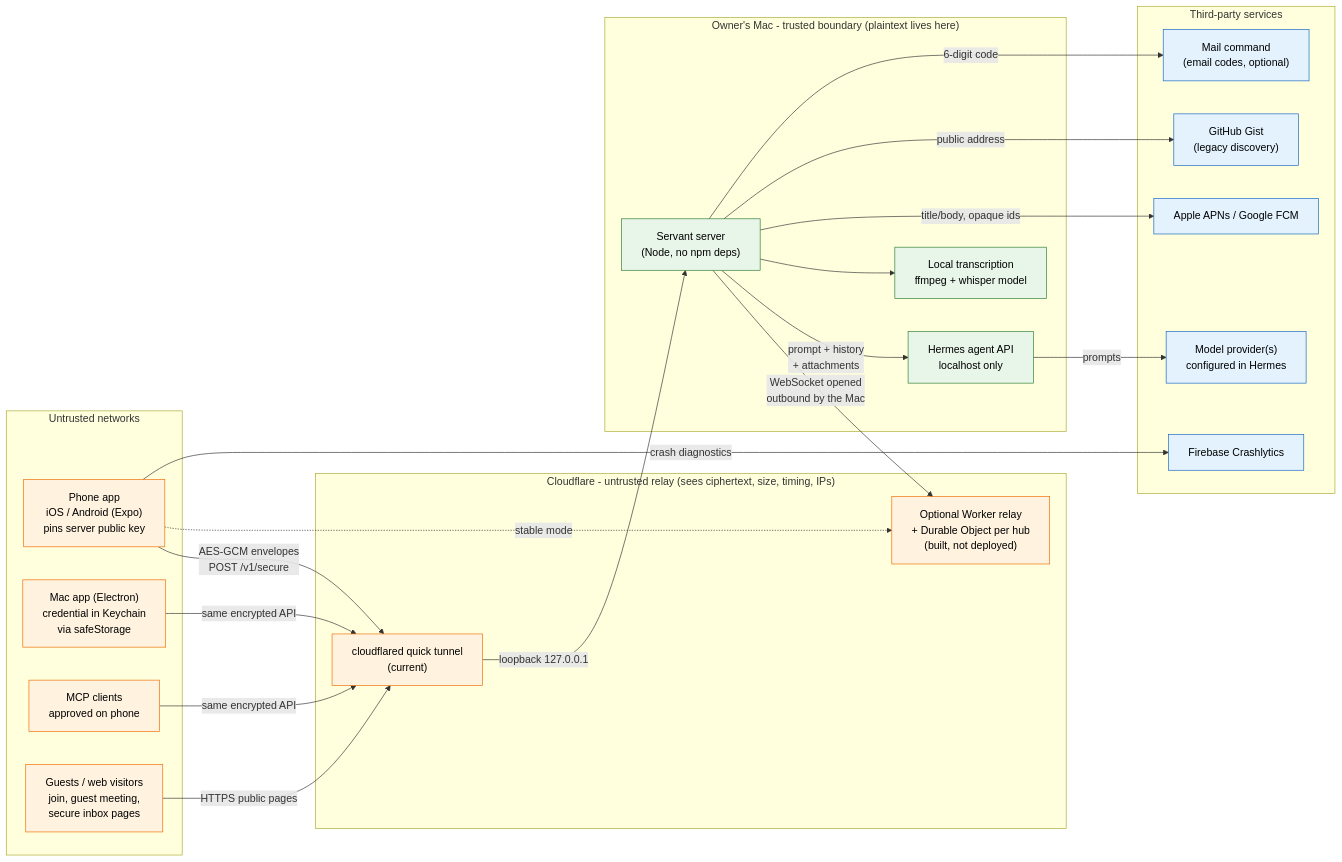
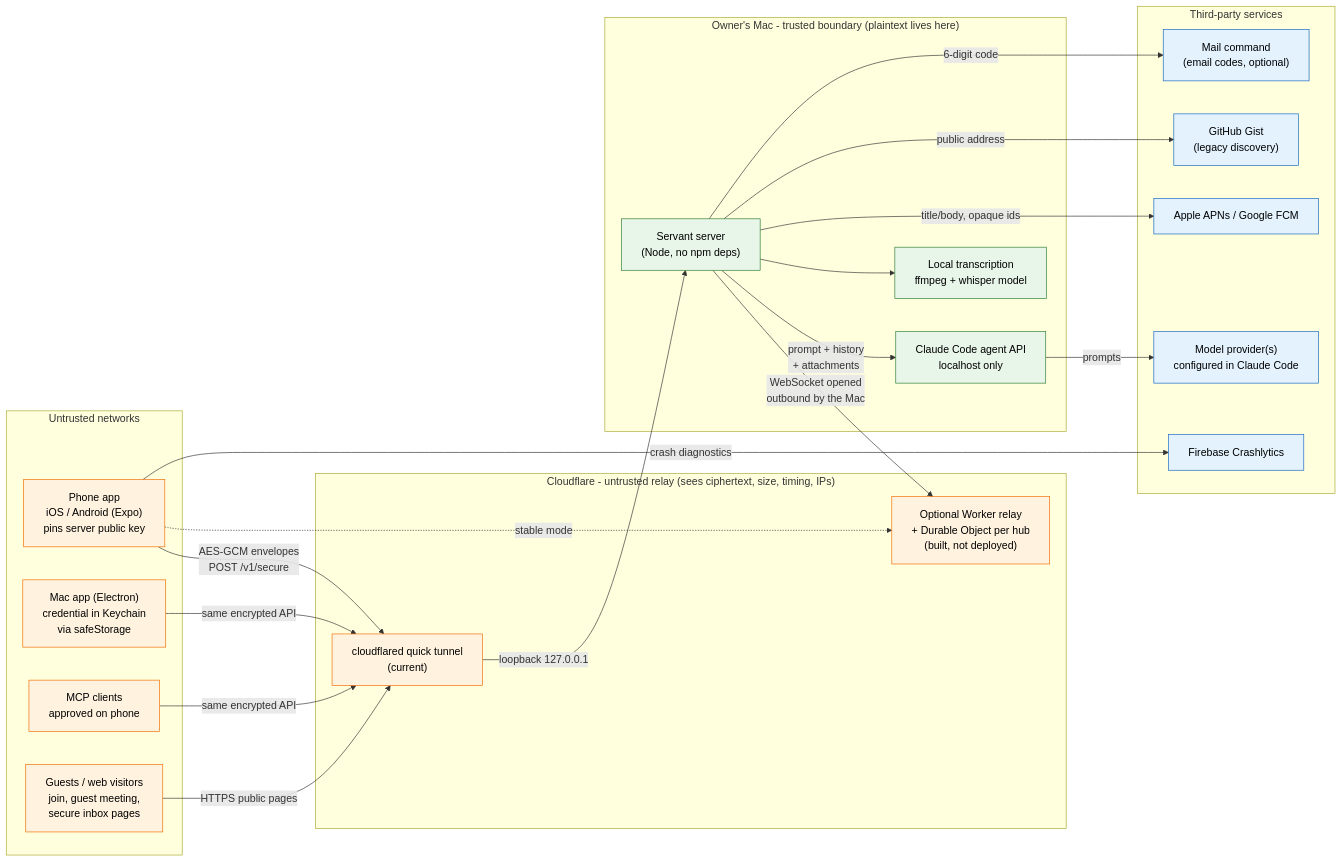
Before and after one commit to slavingia/servant: the diagram in docs/security-architecture/01-system-context.mmd, drawn with Mermaid. The commit also changed 17 other files, not shown here.

Commit message:
Security architecture diagrams: label the agent Claude Code

```diff
--- a/docs/security-architecture/01-system-context.mmd
+++ b/docs/security-architecture/01-system-context.mmd
@@ -1,41 +1,41 @@
 flowchart LR
   subgraph U["Untrusted networks"]
     P["Phone app<br/>iOS / Android (Expo)<br/>pins server public key"]
     M["Mac app (Electron)<br/>credential in Keychain<br/>via safeStorage"]
     X["MCP clients<br/>approved on phone"]
     G["Guests / web visitors<br/>join, guest meeting,<br/>secure inbox pages"]
   end
   subgraph CF["Cloudflare - untrusted relay (sees ciphertext, size, timing, IPs)"]
     T["cloudflared quick tunnel<br/>(current)"]
     R["Optional Worker relay<br/>+ Durable Object per hub<br/>(built, not deployed)"]
   end
   subgraph OM["Owner's Mac - trusted boundary (plaintext lives here)"]
     S["Servant server<br/>(Node, no npm deps)"]
-    H["Hermes agent API<br/>localhost only"]
+    H["Claude Code agent API<br/>localhost only"]
     W["Local transcription<br/>ffmpeg + whisper model"]
   end
   subgraph EXT["Third-party services"]
-    LLM["Model provider(s)<br/>configured in Hermes"]
+    LLM["Model provider(s)<br/>configured in Claude Code"]
     PUSH["Apple APNs / Google FCM"]
     CR["Firebase Crashlytics"]
     GH["GitHub Gist<br/>(legacy discovery)"]
     ML["Mail command<br/>(email codes, optional)"]
   end
   P -- "AES-GCM envelopes<br/>POST /v1/secure" --> T
   M -- "same encrypted API" --> T
   X -- "same encrypted API" --> T
   P -. "stable mode" .-> R
   T -- "loopback 127.0.0.1" --> S
   S -- "WebSocket opened<br/>outbound by the Mac" --> R
   G -- "HTTPS public pages" --> T
   S -- "prompt + history<br/>+ attachments" --> H
   H -- "prompts" --> LLM
   S --> W
   S -- "title/body, opaque ids" --> PUSH
   P -- "crash diagnostics" --> CR
   S -- "public address" --> GH
   S -- "6-digit code" --> ML
   classDef trusted fill:#e8f5e9,stroke:#2e7d32,color:#000;
   classDef untrusted fill:#fff3e0,stroke:#ef6c00,color:#000;
   classDef third fill:#e3f2fd,stroke:#1565c0,color:#000;
   class S,H,W trusted; class T,R,P,M,X,G untrusted; class LLM,PUSH,CR,GH,ML third;
```
